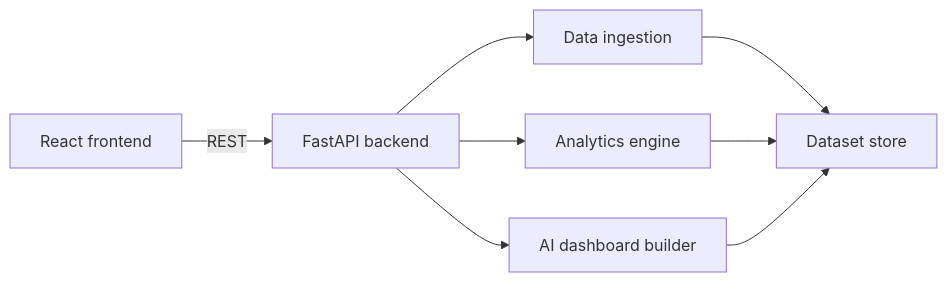
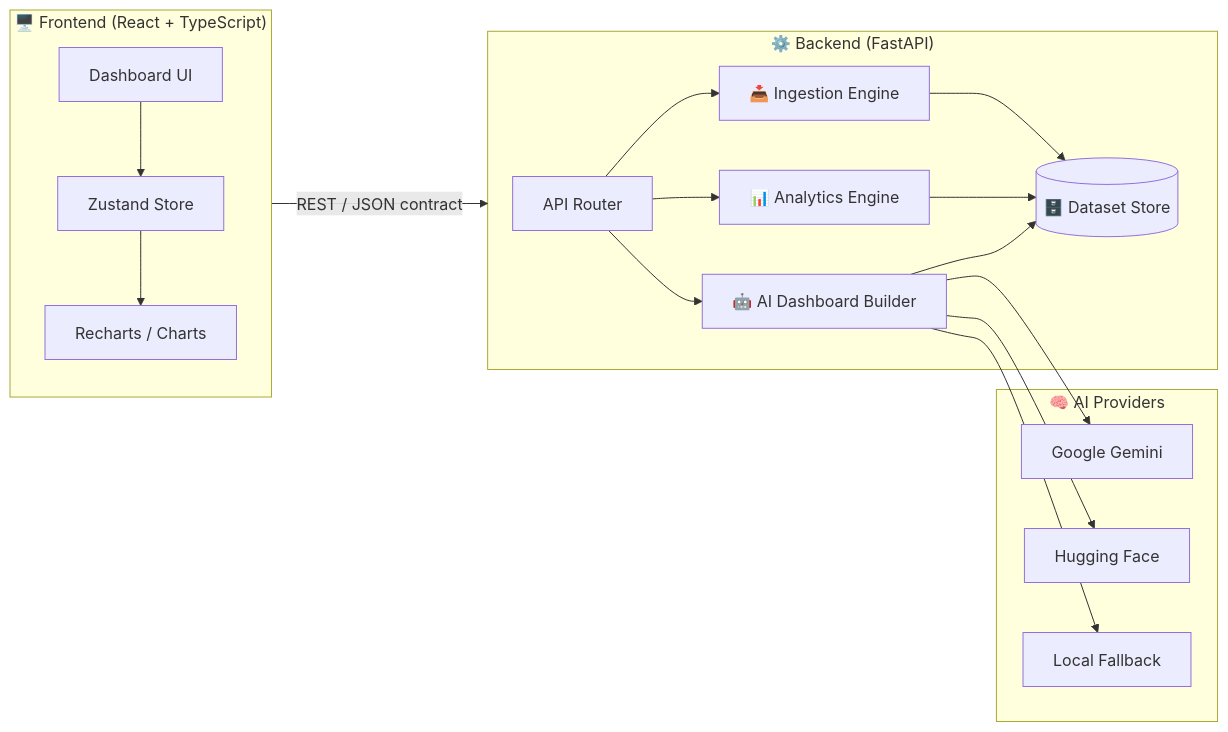
Before and after one commit to PROBOTTHACK/insightforge-ai: the diagram in README.md, drawn with Mermaid. The commit also changed other lines of this file, not shown here.

````diff
--- a/README.md
+++ b/README.md
@@ -77,10 +62,25 @@
 ```mermaid
 flowchart LR
-  Frontend["React frontend"] -->|"REST"| Backend["FastAPI backend"]
-  Backend --> Ingestion["Data ingestion"]
-  Backend --> Analytics["Analytics engine"]
-  Backend --> AI["AI dashboard builder"]
-  Ingestion --> Store["Dataset store"]
-  Analytics --> Store
-  AI --> Store
+  subgraph Client ["🖥️ Frontend (React + TypeScript)"]
+    UI["Dashboard UI"] --> Zustand["Zustand Store"]
+    Zustand --> Recharts["Recharts / Charts"]
+  end
+
+  subgraph Server ["⚙️ Backend (FastAPI)"]
+    Router["API Router"] --> Ingestion["📥 Ingestion Engine"]
+    Router --> Analytics["📊 Analytics Engine"]
+    Router --> AIBuilder["🤖 AI Dashboard Builder"]
+    Ingestion --> Store[("🗄️ Dataset Store")]
+    Analytics --> Store
+    AIBuilder --> Store
+  end
+
+  subgraph AI ["🧠 AI Providers"]
+    Gemini["Google Gemini"]
+    HuggingFace["Hugging Face"]
+    Local["Local Fallback"]
+  end
+
+  Client -->|"REST / JSON contract"| Server
+  AIBuilder --> Gemini & HuggingFace & Local
 ```
````
